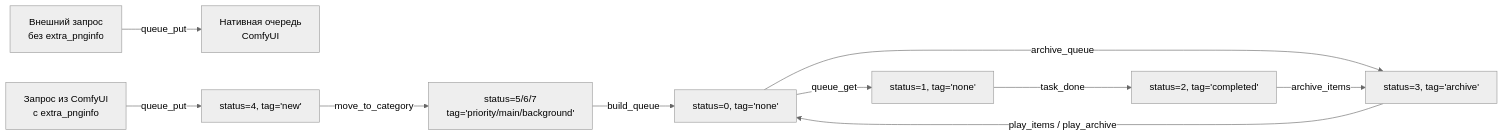
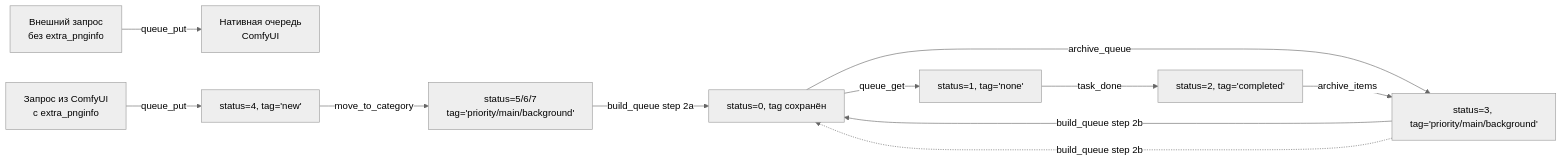
Before and after one commit to QuietNoise/comfyui_queue_manager: the diagram in plans/queue-architecture.md, drawn with Mermaid (neutral theme). The commit also changed other lines of this file and 1 other file, not shown here.

First line of the commit message:
feat(queue-manager): refactor queue building into separate steps with improved logging

````diff
--- a/plans/queue-architecture.md
+++ b/plans/queue-architecture.md
@@ -46,12 +46,13 @@
 ```mermaid
 flowchart LR
     A[Внешний запрос<br>без extra_pnginfo] -->|queue_put| B[Нативная очередь<br>ComfyUI]
     C[Запрос из ComfyUI<br>с extra_pnginfo] -->|queue_put| D[status=4, tag='new']
     D -->|move_to_category| E[status=5/6/7<br>tag='priority/main/background']
-    E -->|build_queue| F[status=0, tag='none']
+    E -->|build_queue step 2a| F[status=0, tag сохранён]
+    I[status=3, tag='priority/main/background'] -->|build_queue step 2b| F
     F -->|queue_get| G[status=1, tag='none']
     G -->|task_done| H[status=2, tag='completed']
-    F -->|archive_queue| I[status=3, tag='archive']
-    I -->|play_items / play_archive| F
+    F -->|archive_queue| I
+    I -.->|build_queue step 2b| F
     H -->|archive_items| I
 ```
````
